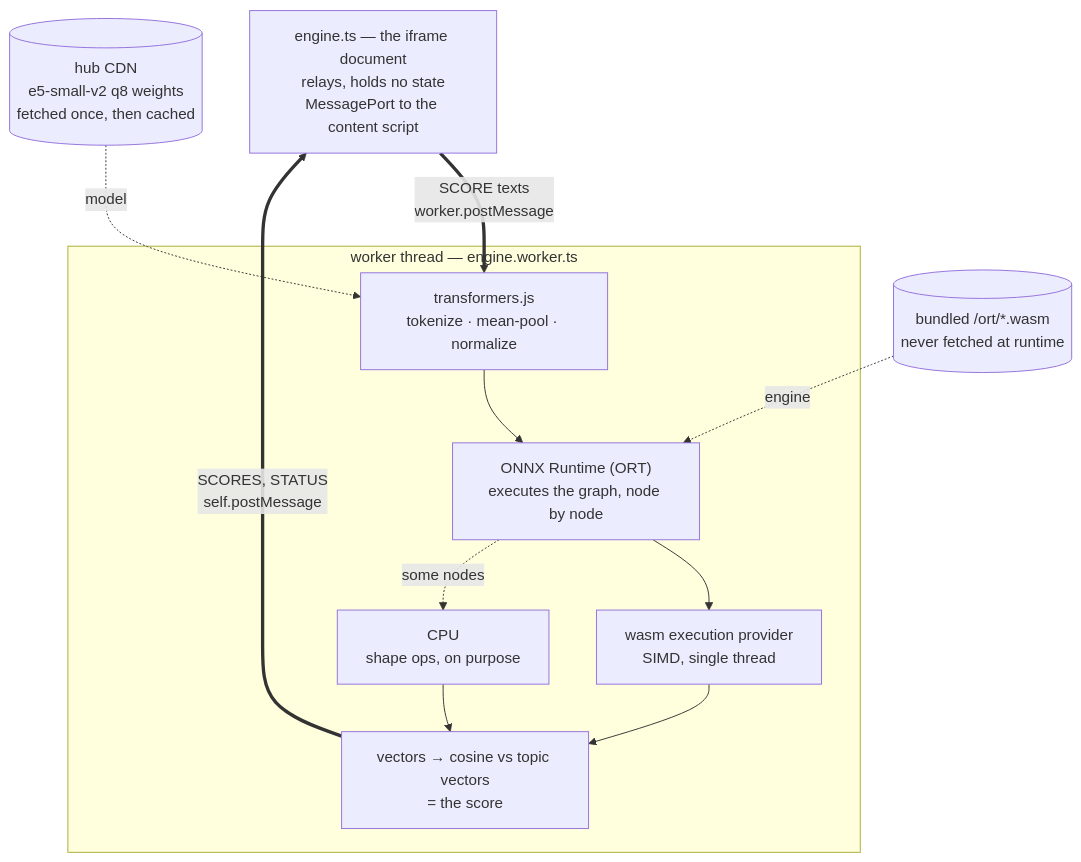
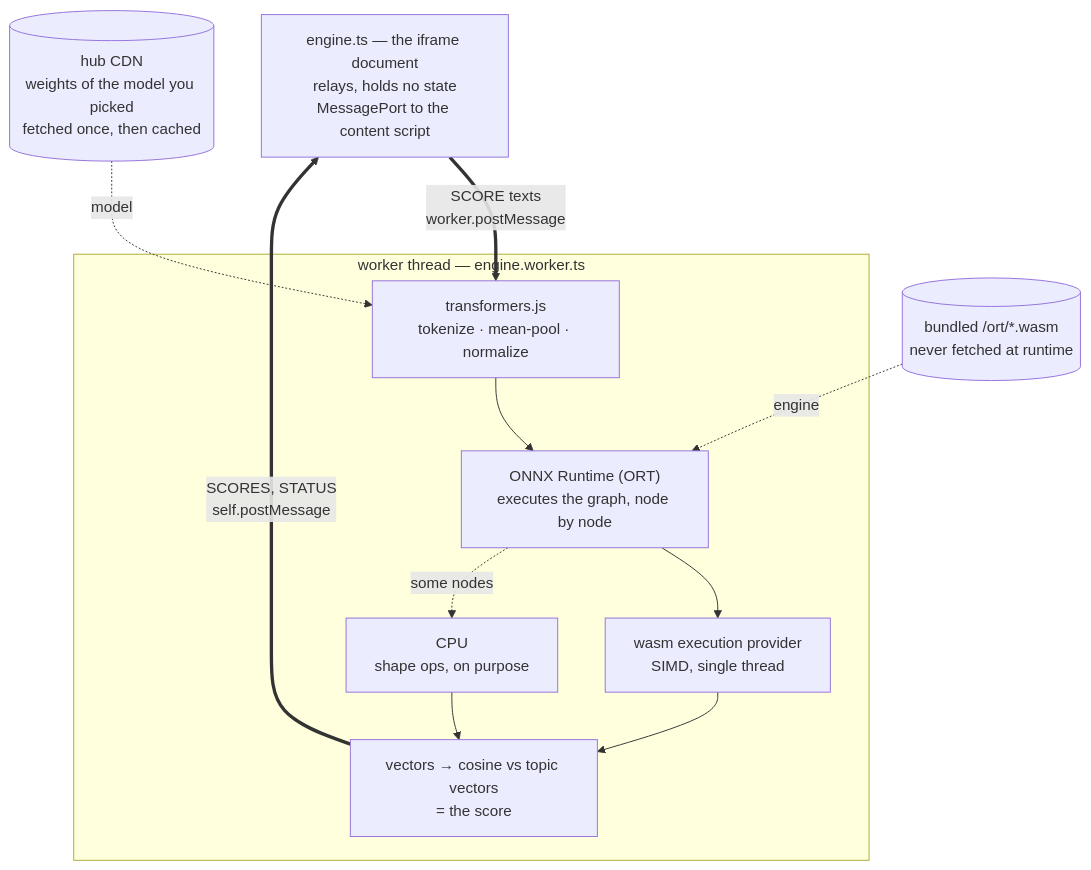
Before and after one commit to dephelion/ufeed: the second of 2 diagrams in docs/how-it-works.md, drawn with Mermaid. The commit also changed other lines of this file and 5 other files, not shown here.

````diff
--- a/docs/how-it-works.md
+++ b/docs/how-it-works.md
@@ -116,23 +131,23 @@
 ```mermaid
 flowchart TB
   frame["engine.ts — the iframe document<br/>relays, holds no state<br/>MessagePort to the content script"]
 
   subgraph wkr["worker thread — engine.worker.ts"]
     tj["transformers.js<br/>tokenize · mean-pool · normalize"]
     ort["ONNX Runtime (ORT)<br/>executes the graph, node by node"]
     wasm["wasm execution provider<br/>SIMD, single thread"]
     cpu["CPU<br/>shape ops, on purpose"]
     out["vectors → cosine vs topic vectors<br/>= the score"]
     tj --> ort
     ort --> wasm
     ort -. "some nodes" .-> cpu
     wasm --> out
     cpu --> out
   end
 
   frame == "SCORE texts<br/>worker.postMessage" ==> tj
   out == "SCORES, STATUS<br/>self.postMessage" ==> frame
 
-  weights[("hub CDN<br/>e5-small-v2 q8 weights<br/>fetched once, then cached")] -. "model" .-> tj
+  weights[("hub CDN<br/>weights of the model you picked<br/>fetched once, then cached")] -. "model" .-> tj
   runtime[("bundled /ort/*.wasm<br/>never fetched at runtime")] -. "engine" .-> ort
 ```
````
